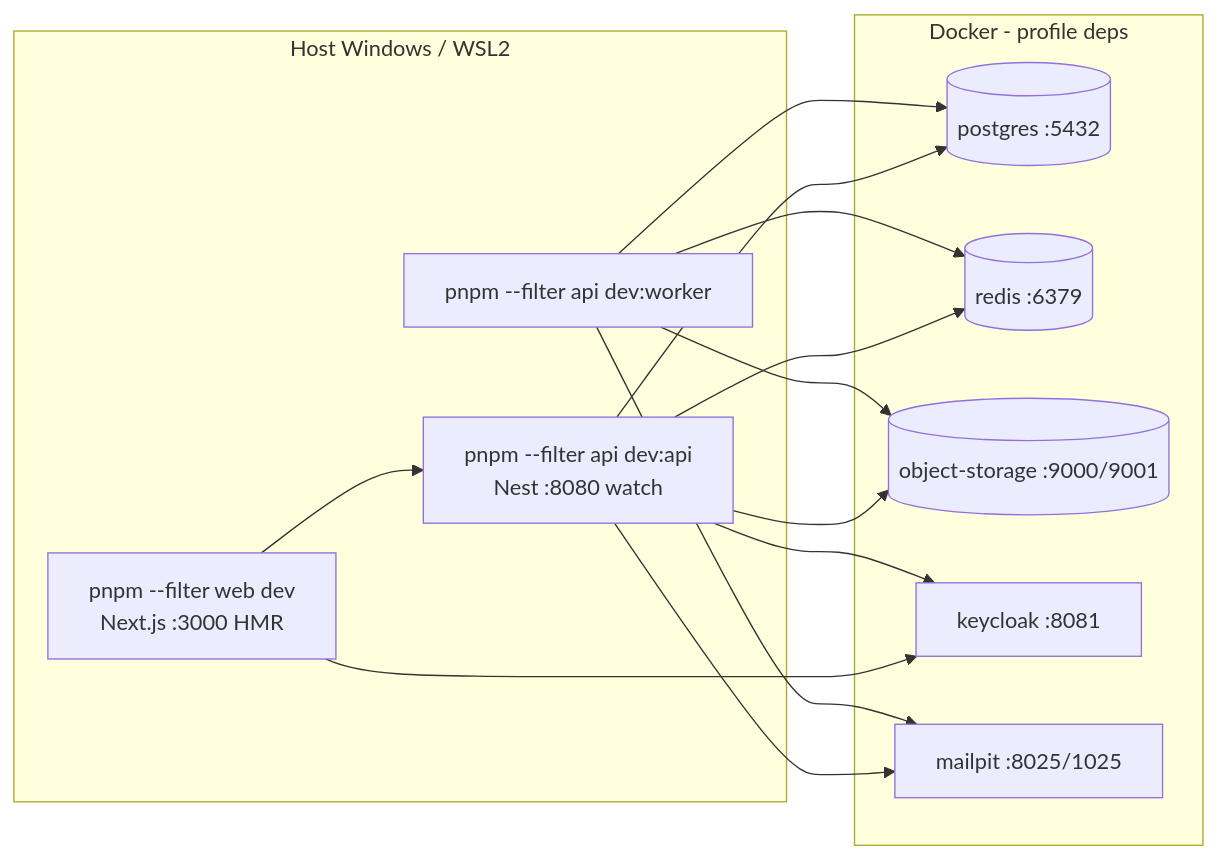
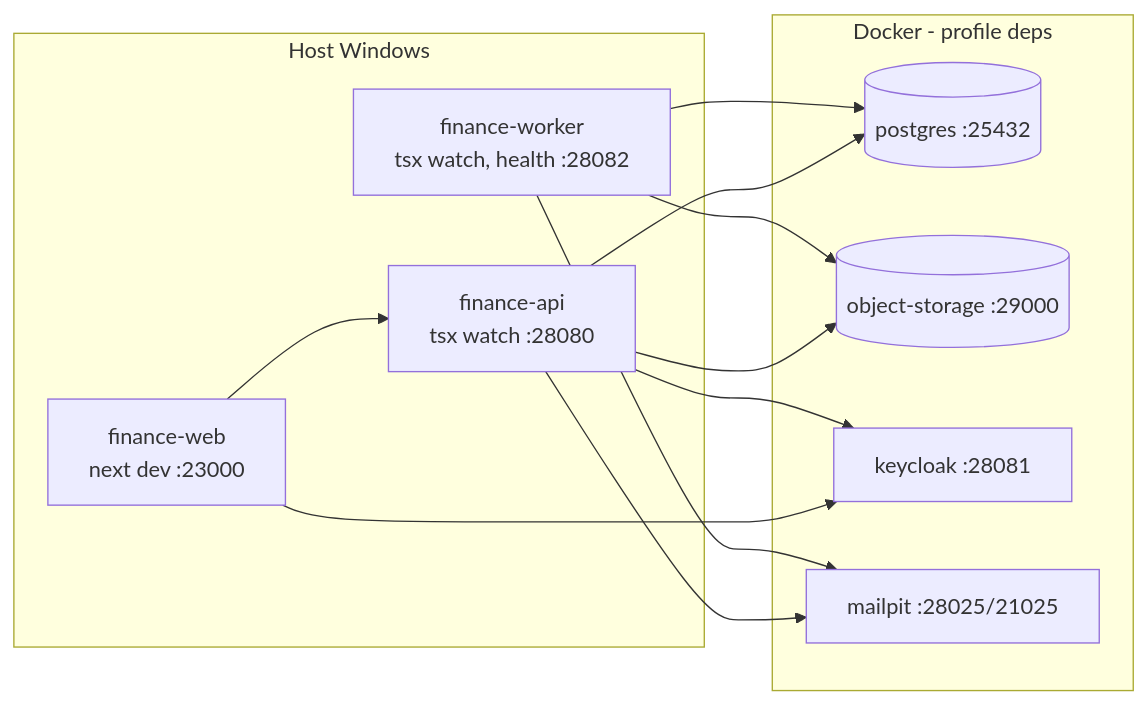
The third of 4 diagrams in docs/19-local-development.md (manuXD270516/personal-finances), drawn with Mermaid before and after one commit. The commit also changed other lines of this file and 4 other files, not shown here.

````diff
--- a/docs/19-local-development.md
+++ b/docs/19-local-development.md
@@ -200,19 +216,18 @@
 ```mermaid
 flowchart LR
-  subgraph Host[Host Windows / WSL2]
-    WEBH[pnpm --filter web dev<br/>Next.js :3000 HMR]
-    APIH[pnpm --filter api dev:api<br/>Nest :8080 watch]
-    WH[pnpm --filter api dev:worker]
+  subgraph Host[Host Windows]
+    WEBH[finance-web<br/>next dev :23000]
+    APIH[finance-api<br/>tsx watch :28080]
+    WH[finance-worker<br/>tsx watch, health :28082]
   end
   subgraph Docker[Docker - profile deps]
-    PG[(postgres :5432)]
-    RD[(redis :6379)]
-    OS[(object-storage :9000/9001)]
-    KC[keycloak :8081]
-    MP[mailpit :8025/1025]
+    PG[(postgres :25432)]
+    OS[(object-storage :29000)]
+    KC[keycloak :28081]
+    MP[mailpit :28025/21025]
   end
   WEBH --> APIH
   WEBH --> KC
-  APIH --> PG & RD & OS & KC & MP
-  WH --> PG & RD & OS & MP
+  APIH --> PG & OS & KC & MP
+  WH --> PG & OS & MP
 ```
````
